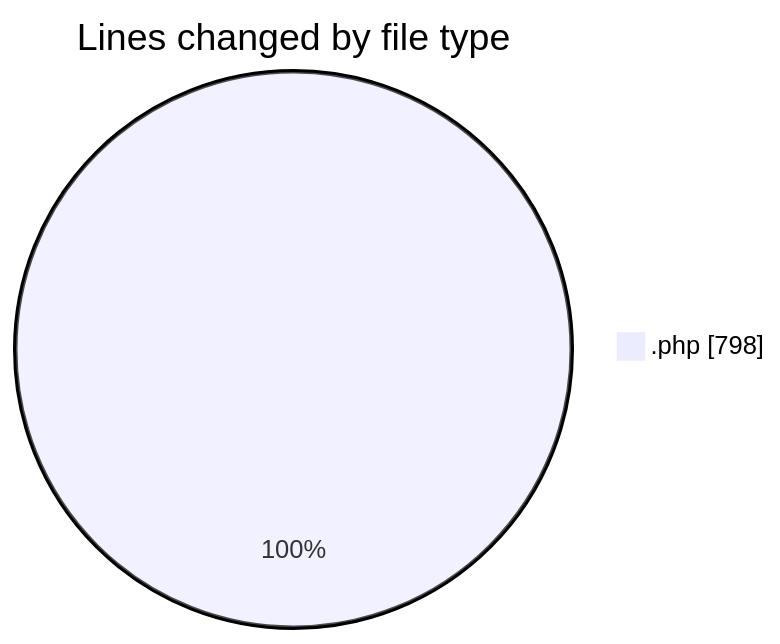
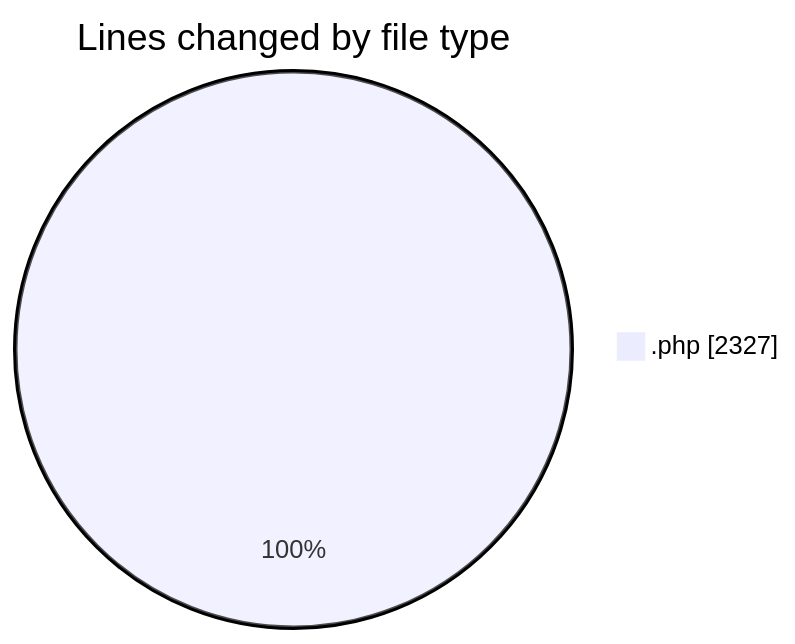
One commit to vahidmafi/code-tracking changed the first of 2 diagrams in 2025-03-23/zeytoon/README.md. Above: the diagram before and after it, drawn with Mermaid. The commit also changed other lines of this file and 1 other file, not shown here.

````diff
--- a/2025-03-23/zeytoon/README.md
+++ b/2025-03-23/zeytoon/README.md
@@ -21,5 +22,5 @@
 ```mermaid
 pie showData
 title Lines changed by file type
-".php" : 798
+".php" : 2327
 ```
````
